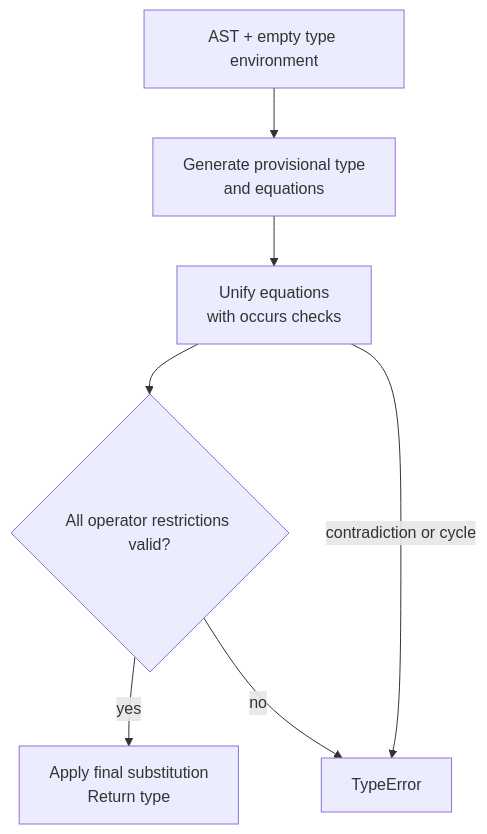
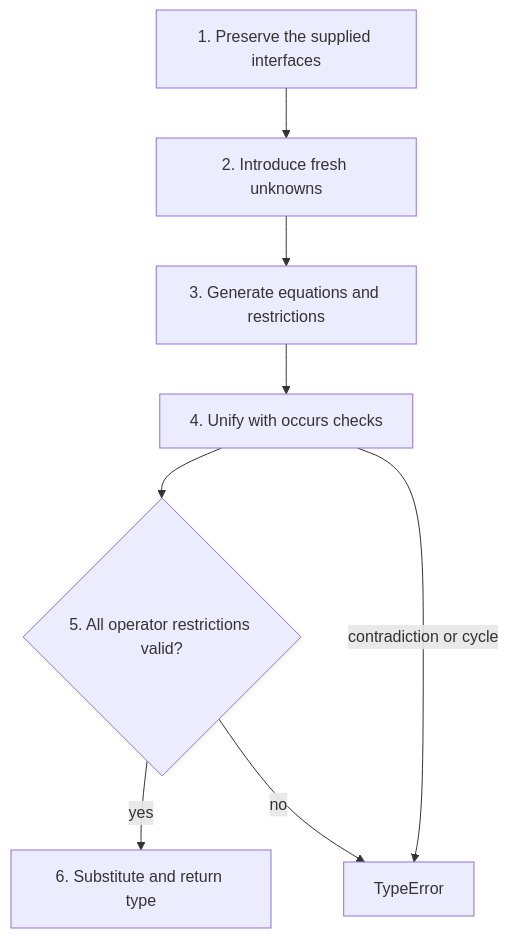
Before and after one commit to S0lluxx26/Programming_language_book_analyze: the diagram in book/hw4.md, drawn with Mermaid. The commit also changed other lines of this file and 60 other files, not shown here.

````diff
--- a/book/hw4.md
+++ b/book/hw4.md
@@ -9,11 +11,12 @@
 ```mermaid
 flowchart TD
   accTitle: The HW4 type-inference pipeline
   accDescr: Generate equations and operator restrictions, unify them, validate restrictions, and apply the resulting substitution to the provisional result type.
-  A["AST + empty type environment"] --> B["Generate provisional type<br/>and equations"]
-  B --> C["Unify equations<br/>with occurs checks"]
-  C --> D{"All operator restrictions valid?"}
-  D -->|"yes"| E["Apply final substitution<br/>Return type"]
+  A["1. Preserve the supplied interfaces"] --> A2["2. Introduce fresh unknowns"]
+  A2 --> B["3. Generate equations and restrictions"]
+  B --> C["4. Unify with occurs checks"]
+  C --> D{"5. All operator restrictions valid?"}
+  D -->|"yes"| E["6. Substitute and return type"]
   D -->|"no"| F["TypeError"]
   C -->|"contradiction or cycle"| F
 ```
````
